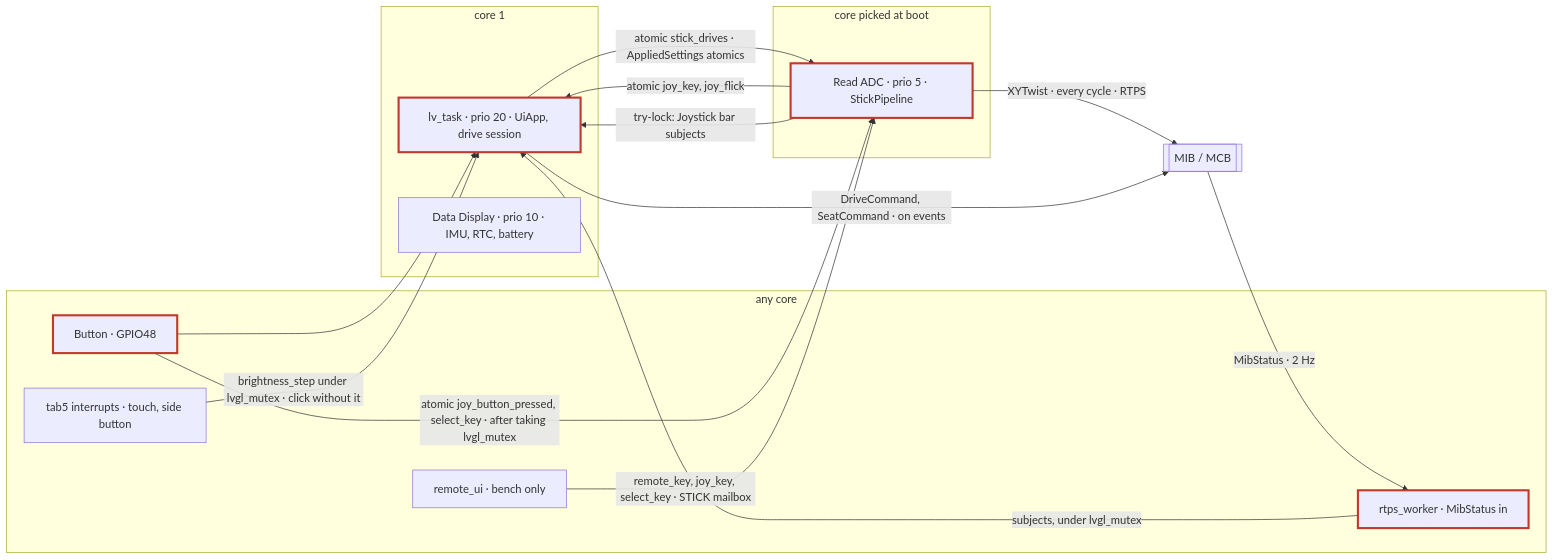
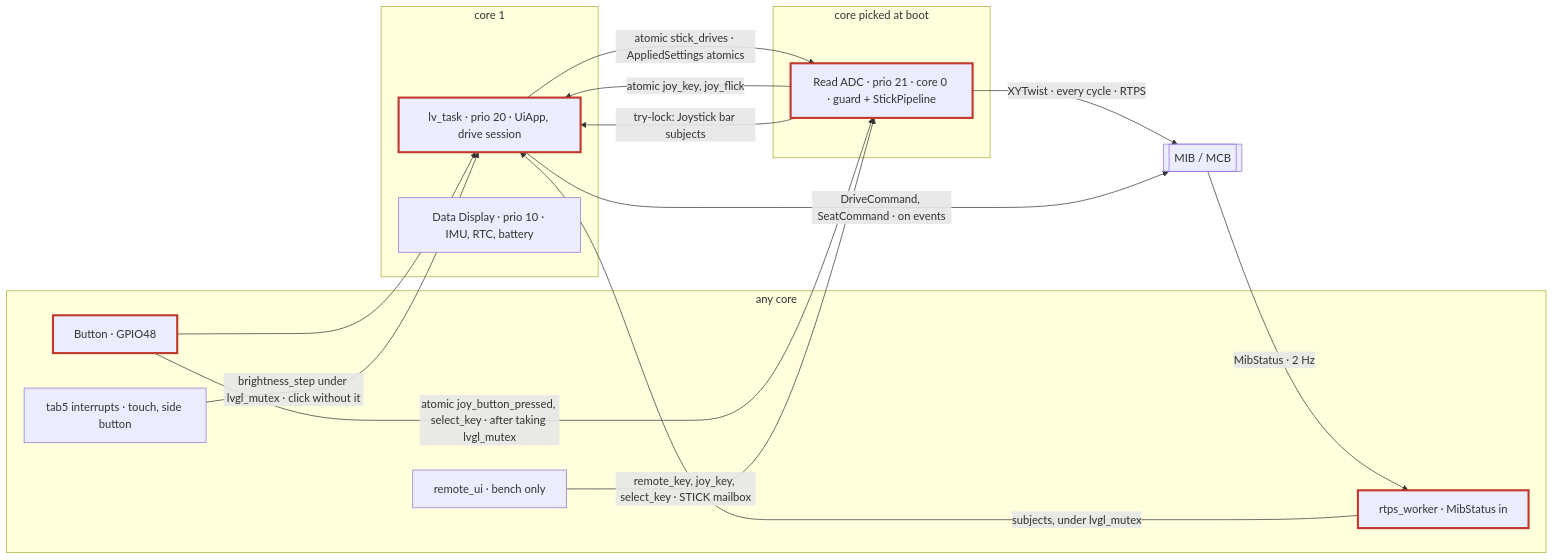
The third of 8 diagrams in docs/how-the-firmware-works.md (rammp-org/pace-hmi-fw), drawn with Mermaid before and after one commit. The commit also changed other lines of this file and 3 other files, not shown here.

First line of the commit message:
docs: C4's motion guard, Read ADC's new row and the task watchdog

````diff
--- a/docs/how-the-firmware-works.md
+++ b/docs/how-the-firmware-works.md
@@ -306,31 +309,31 @@
 ```mermaid
 flowchart LR
   subgraph c1["core 1"]
     lv["lv_task · prio 20 · UiApp, drive session"]:::safety
     hk["Data Display · prio 10 · IMU, RTC, battery"]
   end
   subgraph c0["core picked at boot"]
-    adc["Read ADC · prio 5 · StickPipeline"]:::safety
+    adc["Read ADC · prio 21 · core 0 · guard + StickPipeline"]:::safety
   end
   subgraph any["any core"]
     btn["Button · GPIO48"]:::safety
     bsp["tab5 interrupts · touch, side button"]
     rx["rtps_worker · MibStatus in"]:::safety
     rui["remote_ui · bench only"]
   end
   mib[["MIB / MCB"]]
   adc -->|"XYTwist · every cycle · RTPS"| mib
   lv -->|"DriveCommand, SeatCommand · on events"| mib
   mib -->|"MibStatus · 2 Hz"| rx
   rx -->|"subjects, under lvgl_mutex"| lv
   lv -->|"atomic stick_drives · AppliedSettings atomics"| adc
   adc -->|"atomic joy_key, joy_flick"| lv
   adc -->|"try-lock: Joystick bar subjects"| lv
   btn -->|"atomic joy_button_pressed, select_key · after taking lvgl_mutex"| adc
   btn --> lv
   bsp -->|"brightness_step under lvgl_mutex · click without it"| lv
   rui -->|"remote_key, joy_key, select_key · STICK mailbox"| adc
   classDef hw fill:#d9dde3,stroke:#7a8590,color:#111
   classDef safety stroke:#c0392b,stroke-width:3px
   classDef gen stroke-dasharray:5 4
 ```
````
